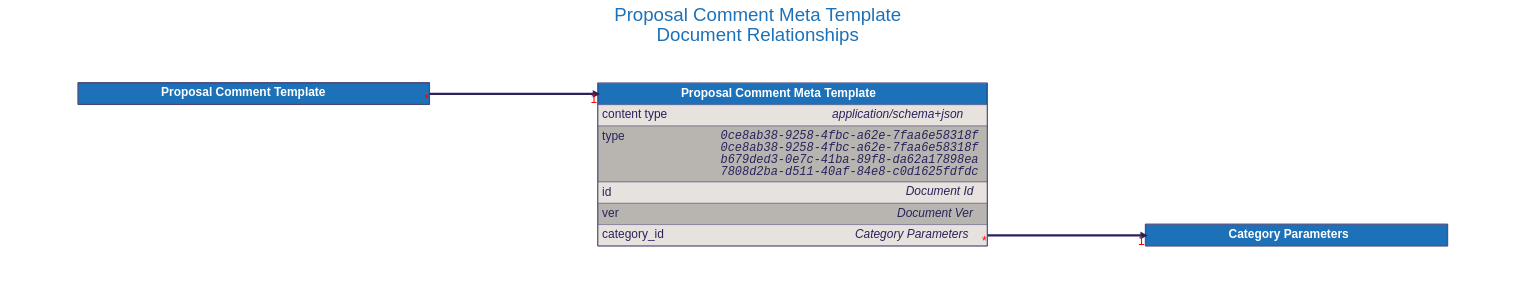
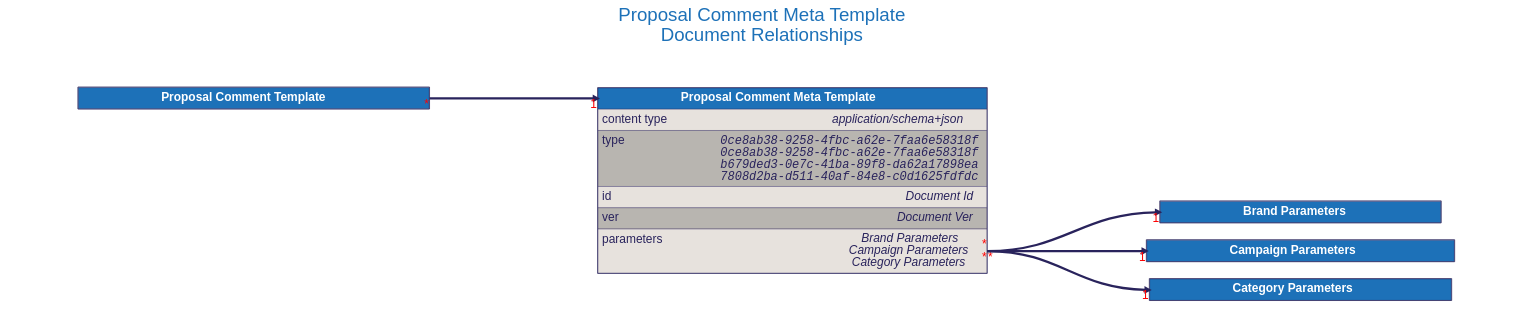
One commit to input-output-hk/catalyst-libs changed the diagram in docs/src/architecture/08_concepts/signed_doc/diagrams/proposal_comment_meta_template.dot. Above: the diagram before and after it, drawn with Graphviz. The commit also changed 42 other files, not shown here.

```diff
--- a/docs/src/architecture/08_concepts/signed_doc/diagrams/proposal_comment_meta_template.dot
+++ b/docs/src/architecture/08_concepts/signed_doc/diagrams/proposal_comment_meta_template.dot
@@ -1,111 +1,143 @@
 digraph "Proposal Comment Meta Template" {
     rankdir="LR"
         graph [fontname="helvetica", fontsize="32", fontcolor="#29235c", bgcolor="white"];
         node [penwidth="0", margin="0", fontname="helvetica", fontsize="32", fontcolor="#29235c"];
         edge [fontname="helvetica", fontsize="32", fontcolor="red", color="#29235c"];
 
     labelloc="t"
     label="Proposal Comment Meta Template
 Document Relationships"
     fontcolor="#1d71b8"
     fontsize=50
+
+
+    "Brand Parameters" [
+        id="Brand Parameters";
+        label=<
+            <TABLE BORDER="2" COLOR="#29235c" CELLBORDER="1" CELLSPACING="0" CELLPADDING="10">
+            <TR>
+                <TD PORT="title" BGCOLOR="#1d71b8" HREF="../brand_parameters/">
+                    <FONT COLOR="#ffffff"><B> Brand Parameters </B></FONT>
+                </TD>
+            </TR>
+
+            </TABLE>
+        >
+    ];
+
+
+    "Campaign Parameters" [
+        id="Campaign Parameters";
+        label=<
+            <TABLE BORDER="2" COLOR="#29235c" CELLBORDER="1" CELLSPACING="0" CELLPADDING="10">
+            <TR>
+                <TD PORT="title" BGCOLOR="#1d71b8" HREF="../campaign_parameters/">
+                    <FONT COLOR="#ffffff"><B> Campaign Parameters </B></FONT>
+                </TD>
+            </TR>
+
+            </TABLE>
+        >
+    ];
 
 
     "Category Parameters" [
         id="Category Parameters";
         label=<
             <TABLE BORDER="2" COLOR="#29235c" CELLBORDER="1" CELLSPACING="0" CELLPADDING="10">
             <TR>
                 <TD PORT="title" BGCOLOR="#1d71b8" HREF="../category_parameters/">
                     <FONT COLOR="#ffffff"><B> Category Parameters </B></FONT>
                 </TD>
             </TR>
 
             </TABLE>
         >
     ];
 
 
     "Proposal Comment Meta Template" [
         id="Proposal Comment Meta Template";
         label=<
             <TABLE BORDER="2" COLOR="#29235c" CELLBORDER="1" CELLSPACING="0" CELLPADDING="10">
             <TR>
                 <TD PORT="title" BGCOLOR="#1d71b8" HREF="../proposal_comment_meta_template/">
                     <FONT COLOR="#ffffff"><B> Proposal Comment Meta Template </B></FONT>
                 </TD>
             </TR>
             <TR>
                 <TD ALIGN="LEFT" PORT="content type" BGCOLOR="#e7e2dd">
                     <TABLE CELLPADDING="0" CELLSPACING="0" BORDER="0">
                         <TR>
                             <TD ALIGN="LEFT" VALIGN="TOP" WIDTH="200"><FONT>content type</FONT></TD>
                             <TD ALIGN="RIGHT"><FONT><I>application/schema+json</I></FONT></TD>
                         </TR>
                     </TABLE>
                 </TD>
             </TR>
             <TR>
                 <TD ALIGN="LEFT" PORT="type" BGCOLOR="#b8b5b0">
                     <TABLE CELLPADDING="0" CELLSPACING="0" BORDER="0">
                         <TR>
                             <TD ALIGN="LEFT" VALIGN="TOP" WIDTH="200"><FONT>type</FONT></TD>
                             <TD ALIGN="RIGHT"><FONT FACE="Courier"><I>0ce8ab38-9258-4fbc-a62e-7faa6e58318f<BR />0ce8ab38-9258-4fbc-a62e-7faa6e58318f<BR />b679ded3-0e7c-41ba-89f8-da62a17898ea<BR />7808d2ba-d511-40af-84e8-c0d1625fdfdc</I></FONT></TD>
                         </TR>
                     </TABLE>
                 </TD>
             </TR>
             <TR>
                 <TD ALIGN="LEFT" PORT="id" BGCOLOR="#e7e2dd">
                     <TABLE CELLPADDING="0" CELLSPACING="0" BORDER="0">
                         <TR>
                             <TD ALIGN="LEFT" VALIGN="TOP" WIDTH="200"><FONT>id</FONT></TD>
                             <TD ALIGN="RIGHT"><FONT><I>Document Id</I></FONT></TD>
                         </TR>
                     </TABLE>
                 </TD>
             </TR>
             <TR>
                 <TD ALIGN="LEFT" PORT="ver" BGCOLOR="#b8b5b0">
                     <TABLE CELLPADDING="0" CELLSPACING="0" BORDER="0">
                         <TR>
                             <TD ALIGN="LEFT" VALIGN="TOP" WIDTH="200"><FONT>ver</FONT></TD>
                             <TD ALIGN="RIGHT"><FONT><I>Document Ver</I></FONT></TD>
                         </TR>
                     </TABLE>
                 </TD>
             </TR>
             <TR>
-                <TD ALIGN="LEFT" PORT="category_id" BGCOLOR="#e7e2dd">
+                <TD ALIGN="LEFT" PORT="parameters" BGCOLOR="#e7e2dd">
                     <TABLE CELLPADDING="0" CELLSPACING="0" BORDER="0">
                         <TR>
-                            <TD ALIGN="LEFT" VALIGN="TOP" WIDTH="200"><FONT>category_id</FONT></TD>
-                            <TD ALIGN="RIGHT"><FONT><I>Category Parameters</I></FONT></TD>
+                            <TD ALIGN="LEFT" VALIGN="TOP" WIDTH="200"><FONT>parameters</FONT></TD>
+                            <TD ALIGN="RIGHT"><FONT><I>Brand Parameters<BR />Campaign Parameters<BR />Category Parameters</I></FONT></TD>
                         </TR>
                     </TABLE>
                 </TD>
             </TR>
 
             </TABLE>
         >
     ];
 
 
     "Proposal Comment Template" [
         id="Proposal Comment Template";
         label=<
             <TABLE BORDER="2" COLOR="#29235c" CELLBORDER="1" CELLSPACING="0" CELLPADDING="10">
             <TR>
                 <TD PORT="title" BGCOLOR="#1d71b8" HREF="../proposal_comment_template/">
                     <FONT COLOR="#ffffff"><B> Proposal Comment Template </B></FONT>
                 </TD>
             </TR>
 
             </TABLE>
         >
     ];
 
 
-    "Proposal Comment Meta Template":"category_id":e -> "Category Parameters":"title":w [dir=forward, penwidth=6, color="#29235c", headlabel="1", taillabel="*"]
+    "Proposal Comment Meta Template":"parameters":e -> "Brand Parameters":"title":w [dir=forward, penwidth=6, color="#29235c", headlabel="1", taillabel="*"]
+    "Proposal Comment Meta Template":"parameters":e -> "Campaign Parameters":"title":w [dir=forward, penwidth=6, color="#29235c", headlabel="1", taillabel="*"]
+    "Proposal Comment Meta Template":"parameters":e -> "Category Parameters":"title":w [dir=forward, penwidth=6, color="#29235c", headlabel="1", taillabel="*"]
     "Proposal Comment Template":"title":e -> "Proposal Comment Meta Template":"title":w [dir=forward, penwidth=6, color="#29235c", headlabel="1", taillabel="*"]
 }
```
